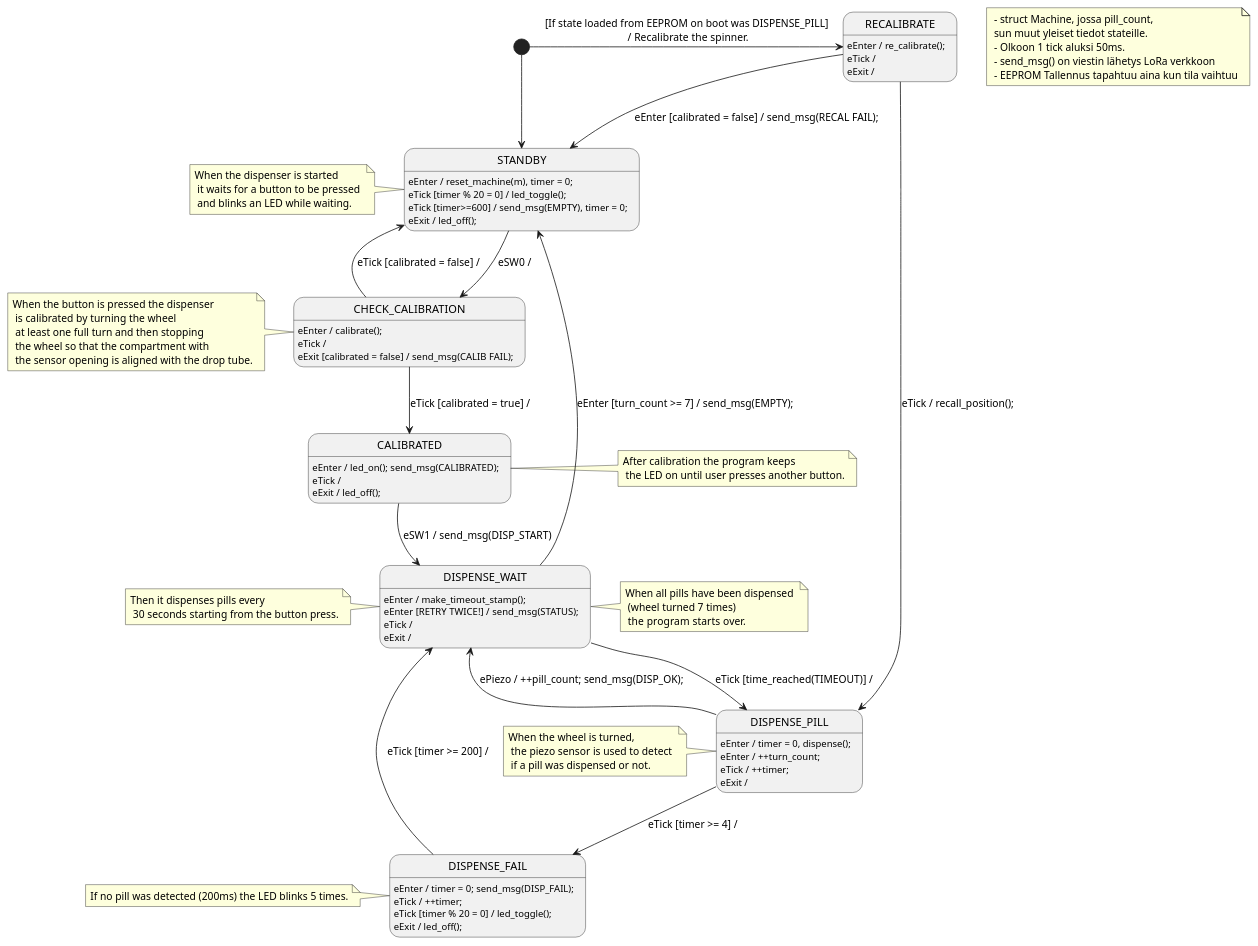
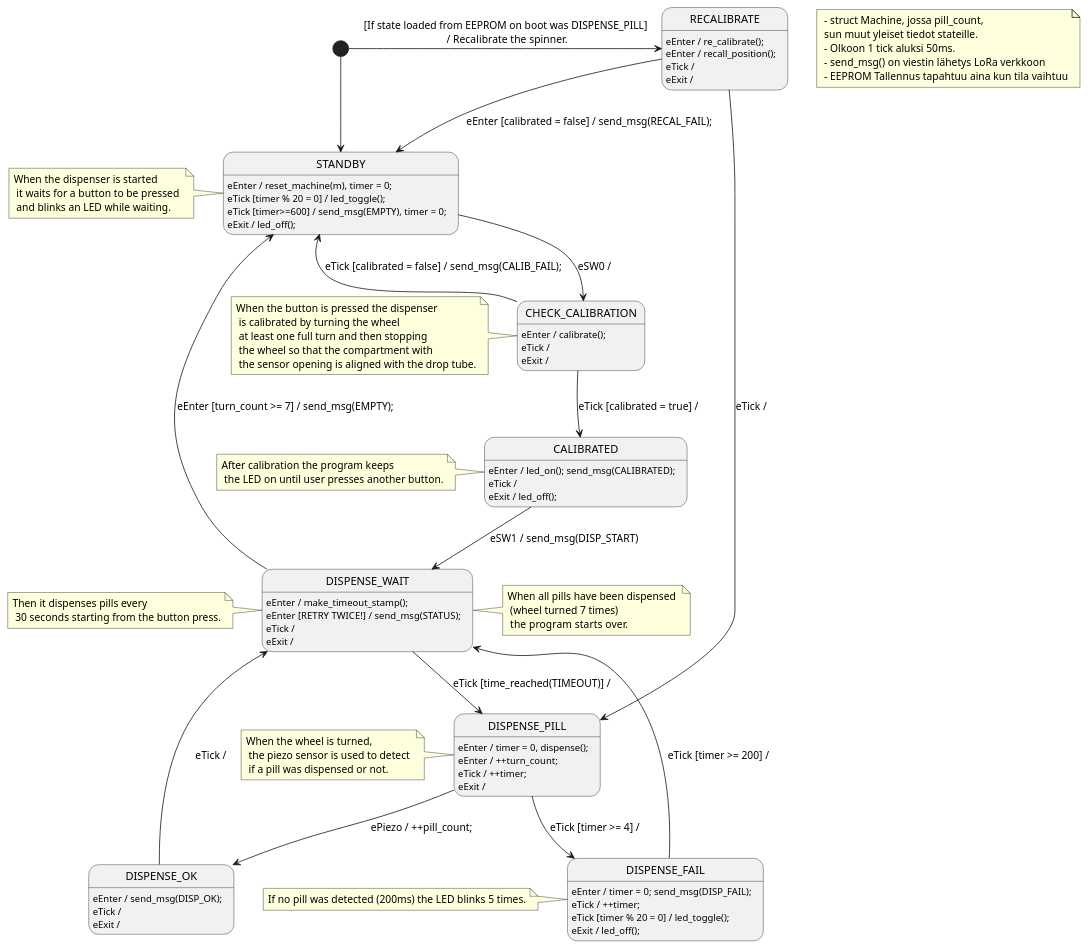
The diagram in minimum_state_diagram.puml (aleksanteril/LAAKKEET), drawn with PlantUML before and after one commit. The commit also changed 1 other file, not shown here.

Commit message:
updated the state diagram

```diff
--- a/minimum_state_diagram.puml
+++ b/minimum_state_diagram.puml
@@ -1,63 +1,69 @@
 @startuml Minimum State Machine
 
 [*] --> STANDBY
 STANDBY : eEnter / reset_machine(m), timer = 0;
 STANDBY : eTick [timer % 20 = 0] / led_toggle(); 
 STANDBY : eTick [timer>=600] / send_msg(EMPTY), timer = 0;
 STANDBY : eExit / led_off();
 STANDBY --> CHECK_CALIBRATION : eSW0 /
 
 [*] -> RECALIBRATE : [If state loaded from EEPROM on boot was DISPENSE_PILL]\n / Recalibrate the spinner.
 RECALIBRATE : eEnter / re_calibrate();
+RECALIBRATE : eEnter / recall_position();
 RECALIBRATE : eTick /
 RECALIBRATE : eExit /
-RECALIBRATE --> STANDBY : eEnter [calibrated = false] / send_msg(RECAL FAIL);
-RECALIBRATE --> DISPENSE_PILL : eTick / recall_position();
+RECALIBRATE --> STANDBY : eEnter [calibrated = false] / send_msg(RECAL_FAIL);
+RECALIBRATE --> DISPENSE_PILL : eTick /
 
 
 note " - struct Machine, jossa pill_count, \n sun muut yleiset tiedot stateille. \n - Olkoon 1 tick aluksi 50ms.\n - send_msg() on viestin lähetys LoRa verkkoon\n - EEPROM Tallennus tapahtuu aina kun tila vaihtuu" as N1
 note left of STANDBY : When the dispenser is started \n it waits for a button to be pressed \n and blinks an LED while waiting.
 
 CHECK_CALIBRATION : eEnter / calibrate();
 CHECK_CALIBRATION : eTick / 
-CHECK_CALIBRATION : eExit [calibrated = false] / send_msg(CALIB FAIL);
-CHECK_CALIBRATION --> STANDBY : eTick [calibrated = false] /
+CHECK_CALIBRATION : eExit /
+CHECK_CALIBRATION --> STANDBY : eTick [calibrated = false] / send_msg(CALIB_FAIL);
 CHECK_CALIBRATION --> CALIBRATED : eTick [calibrated = true] /
 
 note left of CHECK_CALIBRATION : When the button is pressed the dispenser \n is calibrated by turning the wheel \n at least one full turn and then stopping \n the wheel so that the compartment with \n the sensor opening is aligned with the drop tube.
 
 CALIBRATED : eEnter / led_on(); send_msg(CALIBRATED);
 CALIBRATED : eTick /
 CALIBRATED : eExit / led_off();
 CALIBRATED --> DISPENSE_WAIT : eSW1 / send_msg(DISP_START)
 
 note left of CALIBRATED : After calibration the program keeps \n the LED on until user presses another button.
 
 DISPENSE_WAIT : eEnter / make_timeout_stamp(); 
 DISPENSE_WAIT : eEnter [RETRY TWICE!] / send_msg(STATUS);
 DISPENSE_WAIT : eTick / 
 DISPENSE_WAIT : eExit / 
 DISPENSE_WAIT --> DISPENSE_PILL : eTick [time_reached(TIMEOUT)] /
 DISPENSE_WAIT --> STANDBY : eEnter [turn_count >= 7] / send_msg(EMPTY);
 
 note left of DISPENSE_WAIT : Then it dispenses pills every \n 30 seconds starting from the button press.
 note right of DISPENSE_WAIT : When all pills have been dispensed \n (wheel turned 7 times) \n the program starts over.
 
 DISPENSE_PILL : eEnter / timer = 0, dispense();
 DISPENSE_PILL : eEnter / ++turn_count;
 DISPENSE_PILL : eTick / ++timer;
 DISPENSE_PILL : eExit /
-DISPENSE_PILL --> DISPENSE_WAIT : ePiezo / ++pill_count; send_msg(DISP_OK);
+DISPENSE_PILL --> DISPENSE_OK : ePiezo / ++pill_count;
 DISPENSE_PILL --> DISPENSE_FAIL : eTick [timer >= 4] /
+
+DISPENSE_OK : eEnter / send_msg(DISP_OK);
+DISPENSE_OK : eTick /
+DISPENSE_OK : eExit /
+DISPENSE_OK --> DISPENSE_WAIT : eTick /
 
 note left of DISPENSE_PILL : When the wheel is turned, \n the piezo sensor is used to detect \n if a pill was dispensed or not.
 
 DISPENSE_FAIL : eEnter / timer = 0; send_msg(DISP_FAIL);
 DISPENSE_FAIL : eTick / ++timer;
 DISPENSE_FAIL : eTick [timer % 20 = 0] / led_toggle();
 DISPENSE_FAIL : eExit / led_off();
 DISPENSE_FAIL --> DISPENSE_WAIT : eTick [timer >= 200] /
 
 note left of DISPENSE_FAIL : If no pill was detected (200ms) the LED blinks 5 times.
 
 @enduml
```
